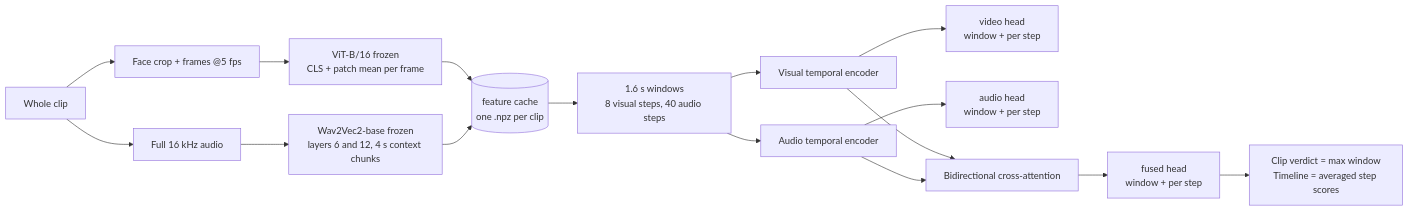
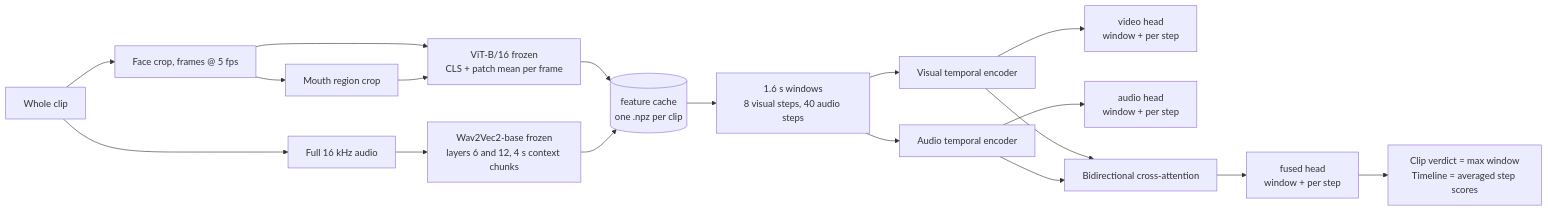
The diagram in README.md (KaranSingh-36/DeepFake-detection-using-multimodal-transformer), drawn with Mermaid before and after one commit. The commit also changed other lines of this file and 14 other files, not shown here.

````diff
--- a/README.md
+++ b/README.md
@@ -49,14 +76,17 @@
 ```mermaid
 flowchart LR
-    A[Whole clip] --> B[Face crop + frames @5 fps] --> C[ViT-B/16 frozen<br/>CLS + patch mean per frame]
+    A[Whole clip] --> B[Face crop, frames @ 5 fps]
+    B --> B2[Mouth region crop]
+    B --> C[ViT-B/16 frozen<br/>CLS + patch mean per frame]
+    B2 --> C
     A --> D[Full 16 kHz audio] --> E[Wav2Vec2-base frozen<br/>layers 6 and 12, 4 s context chunks]
     C --> F[(feature cache<br/>one .npz per clip)]
     E --> F
     F --> G[1.6 s windows<br/>8 visual steps, 40 audio steps]
     G --> H[Visual temporal encoder] --> H1[video head<br/>window + per step]
     G --> I[Audio temporal encoder] --> I1[audio head<br/>window + per step]
     H --> J[Bidirectional cross-attention]
     I --> J
     J --> K[fused head<br/>window + per step]
     K --> L[Clip verdict = max window<br/>Timeline = averaged step scores]
 ```
````
